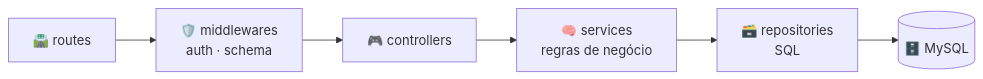
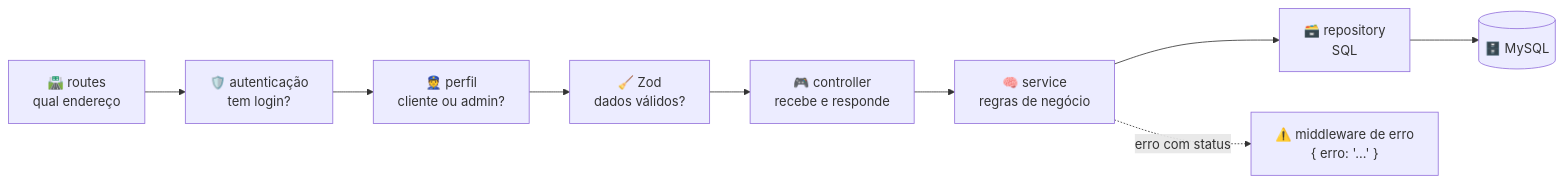
One commit to Protagonistas-ADS/PI-2 changed the sixth of 15 diagrams in README.md. Above: the diagram before and after it, drawn with Mermaid. The commit also changed other lines of this file, not shown here.

Commit message:
docs(readme): reescrever o README com visão completa do projeto

````diff
--- a/README.md
+++ b/README.md
@@ -198,4 +329,5 @@
 ```mermaid
 flowchart LR
-    R["🛣️ routes"] --> M["🛡️ middlewares<br/>auth · schema"] --> C["🎮 controllers"] --> S["🧠 services<br/>regras de negócio"] --> RP["🗃️ repositories<br/>SQL"] --> DB[("🗄️ MySQL")]
+    R["🛣️ routes<br/>qual endereço"] --> M1["🛡️ autenticação<br/>tem login?"] --> M2["👮 perfil<br/>cliente ou admin?"] --> Z["🧹 Zod<br/>dados válidos?"] --> C["🎮 controller<br/>recebe e responde"] --> S["🧠 service<br/>regras de negócio"] --> RP["🗃️ repository<br/>SQL"] --> DB[("🗄️ MySQL")]
+    S -. "erro com status" .-> E["⚠️ middleware de erro<br/>{ erro: '...' }"]
 ```
````
